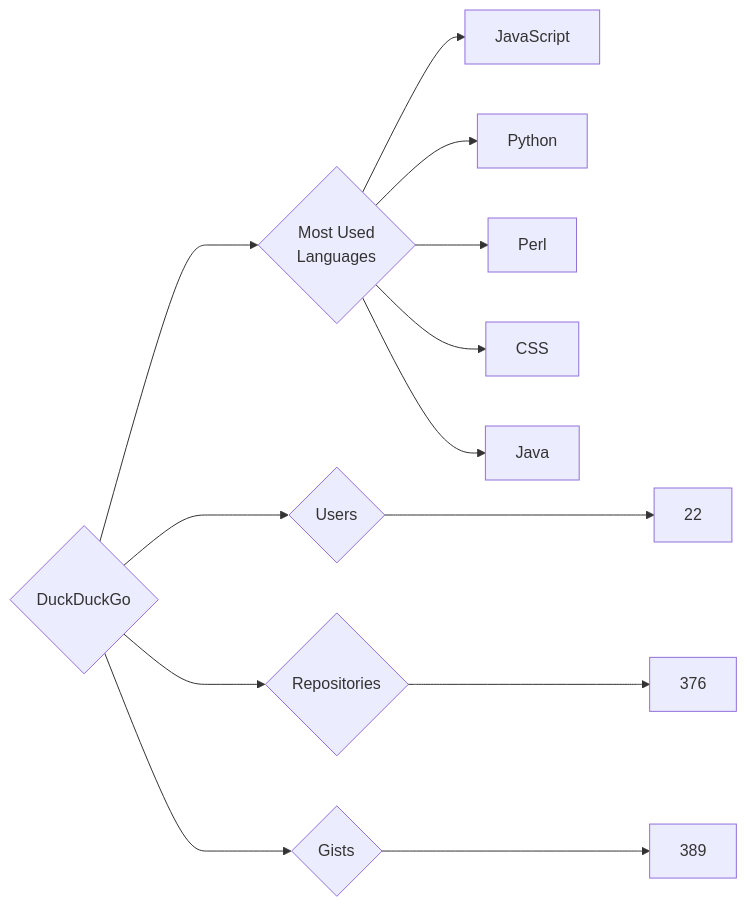
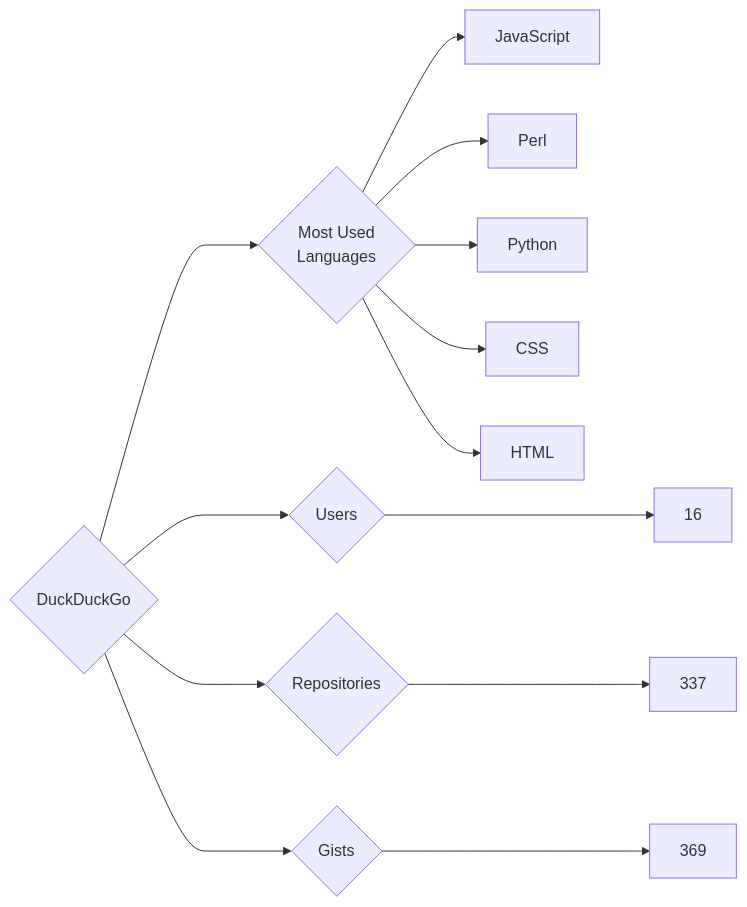
Before and after one commit to trickest/insiders: the diagram in targets/DuckDuckGo/README.md, drawn with Mermaid. The commit also changed 951 other files, not shown here.

````diff
--- a/targets/DuckDuckGo/README.md
+++ b/targets/DuckDuckGo/README.md
@@ -3,13 +3,13 @@
 ```mermaid
 graph LR
 COMPANY_NAME{DuckDuckGo}
-COMPANY_NAME ---> U{Users} ---> UN[22]
-COMPANY_NAME ---> R{Repositories} ---> RN[376]
-COMPANY_NAME ---> G{Gists} ---> GN[389]
+COMPANY_NAME ---> U{Users} ---> UN[16]
+COMPANY_NAME ---> R{Repositories} ---> RN[337]
+COMPANY_NAME ---> G{Gists} ---> GN[369]
 COMPANY_NAME ---> ML{Most Used<br>Languages}
 ML --> JavaScript[JavaScript]
+ML --> Perl[Perl]
 ML --> Python[Python]
-ML --> Perl[Perl]
 ML --> CSS[CSS]
-ML --> Java[Java]
+ML --> HTML[HTML]
 ```
````
